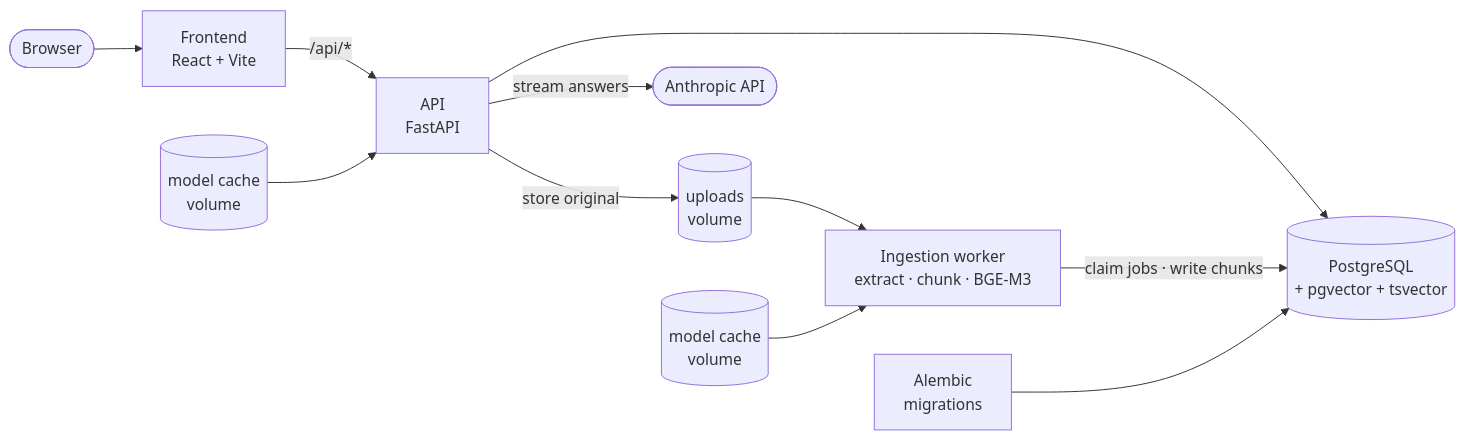
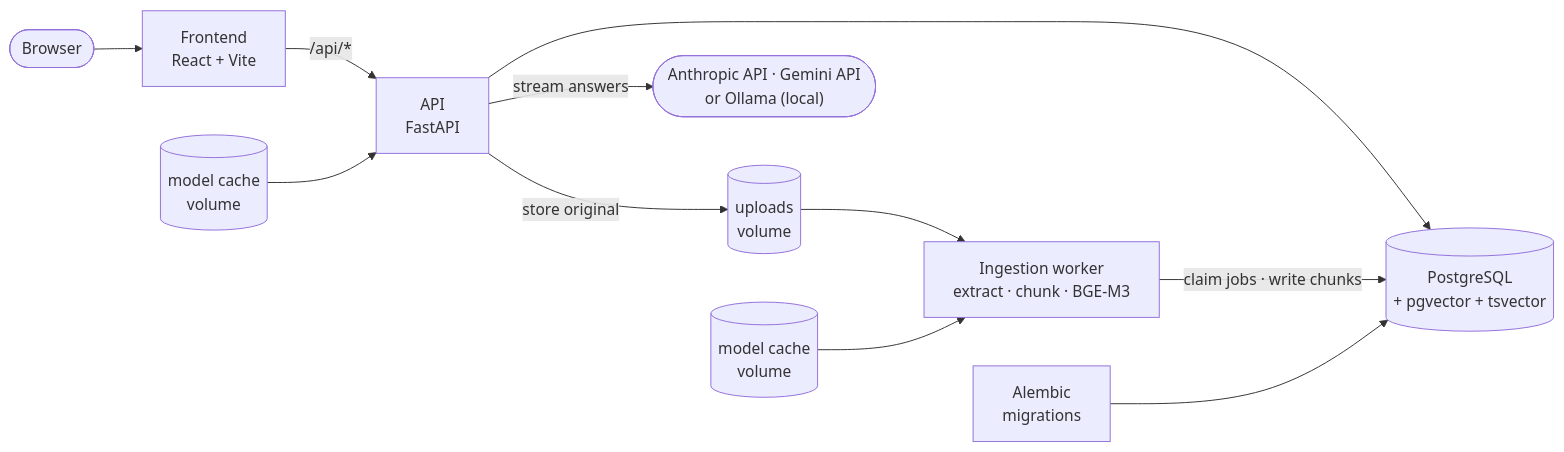
The diagram in README.md (Yash01Negi/docs-rag-platform), drawn with Mermaid before and after one commit. The commit also changed other lines of this file and 16 other files, not shown here.

````diff
--- a/README.md
+++ b/README.md
@@ -83,13 +87,13 @@
 ```mermaid
 flowchart LR
     browser([Browser]) --> fe["Frontend<br/>React + Vite"]
     fe -- "/api/*" --> be["API<br/>FastAPI"]
     be --> db[("PostgreSQL<br/>+ pgvector + tsvector")]
     cache2[("model cache<br/>volume")] --> be
     be -- "store original" --> files[("uploads<br/>volume")]
-    be -- "stream answers" --> llm(["Anthropic API"])
+    be -- "stream answers" --> llm(["Anthropic API · Gemini API<br/>or Ollama (local)"])
     worker["Ingestion worker<br/>extract · chunk · BGE-M3"] -- "claim jobs · write chunks" --> db
     files --> worker
     cache[("model cache<br/>volume")] --> worker
     mig["Alembic<br/>migrations"] --> db
 ```
````
